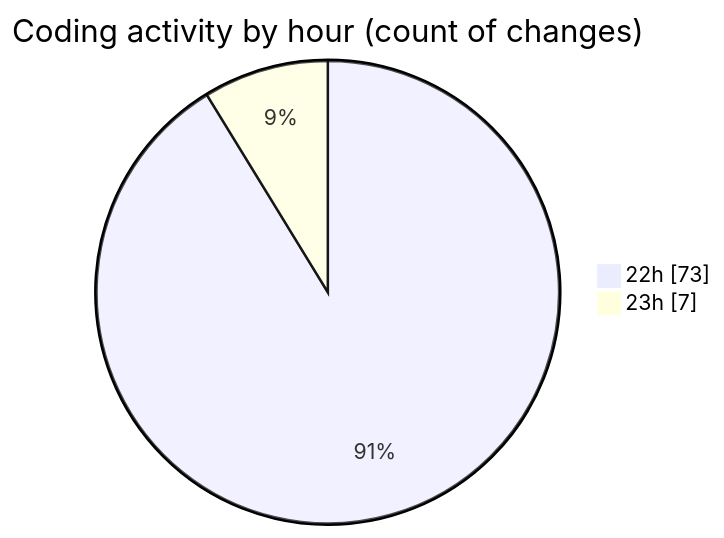
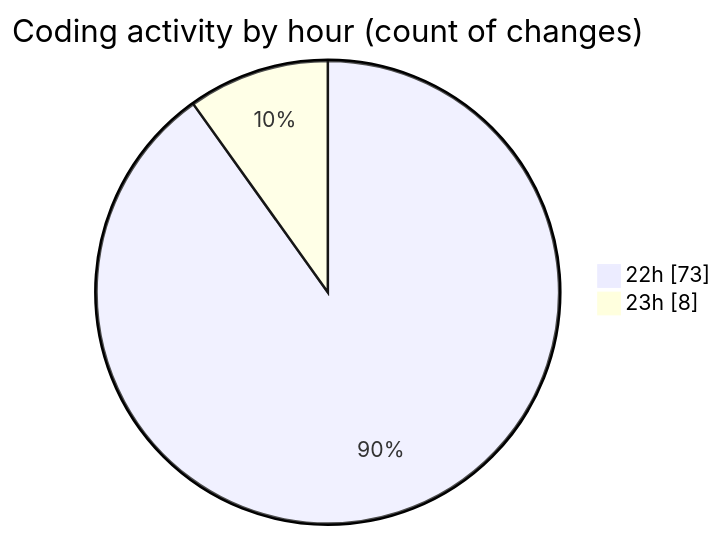
One commit to Ritupan-Deka/code-tracking changed the second of 2 diagrams in 2025-10-07/url-shortener/README.md. Above: the diagram before and after it, drawn with Mermaid. The commit also changed other lines of this file and 1 other file, not shown here.

````diff
--- a/2025-10-07/url-shortener/README.md
+++ b/2025-10-07/url-shortener/README.md
@@ -32,6 +32,6 @@
 ```mermaid
 pie showData
 title Coding activity by hour (count of changes)
 "22h" : 73
-"23h" : 7
+"23h" : 8
 ```
````
